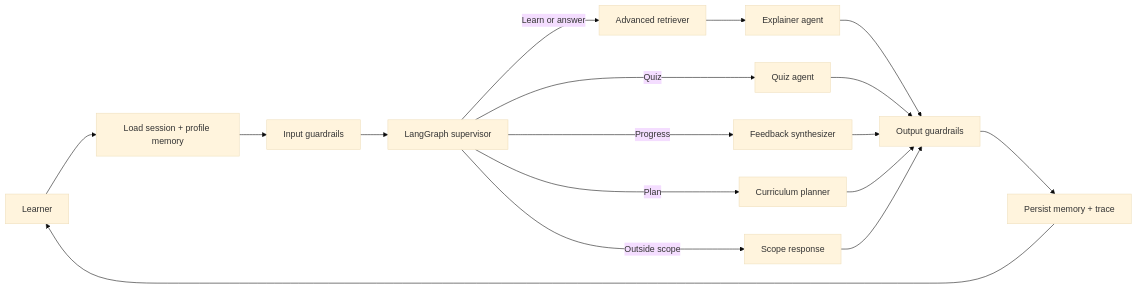
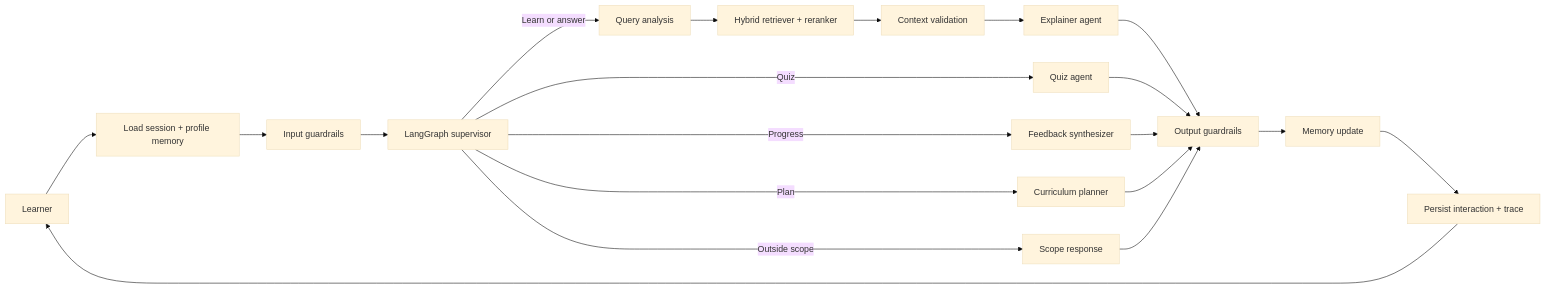
Before and after one commit to Tikaaaaaaa/pymentor-personalized-python-tutor: the diagram in README.md, drawn with Mermaid (base theme). The commit also changed other lines of this file and 27 other files, not shown here.

````diff
--- a/README.md
+++ b/README.md
@@ -30,19 +37,22 @@
 ```mermaid
 flowchart LR
     U["Learner"] --> M["Load session + profile memory"]
     M --> G1["Input guardrails"]
     G1 --> S["LangGraph supervisor"]
-    S -->|Learn or answer| R["Advanced retriever"]
-    R --> E["Explainer agent"]
+    S -->|Learn or answer| A["Query analysis"]
+    A --> R["Hybrid retriever + reranker"]
+    R --> V["Context validation"]
+    V --> E["Explainer agent"]
     S -->|Quiz| Q["Quiz agent"]
     S -->|Progress| F["Feedback synthesizer"]
     S -->|Plan| C["Curriculum planner"]
     S -->|Outside scope| O["Scope response"]
     E --> G2["Output guardrails"]
     Q --> G2
     F --> G2
     C --> G2
     O --> G2
-    G2 --> P["Persist memory + trace"]
+    G2 --> MU["Memory update"]
+    MU --> P["Persist interaction + trace"]
     P --> U
 ```
````
